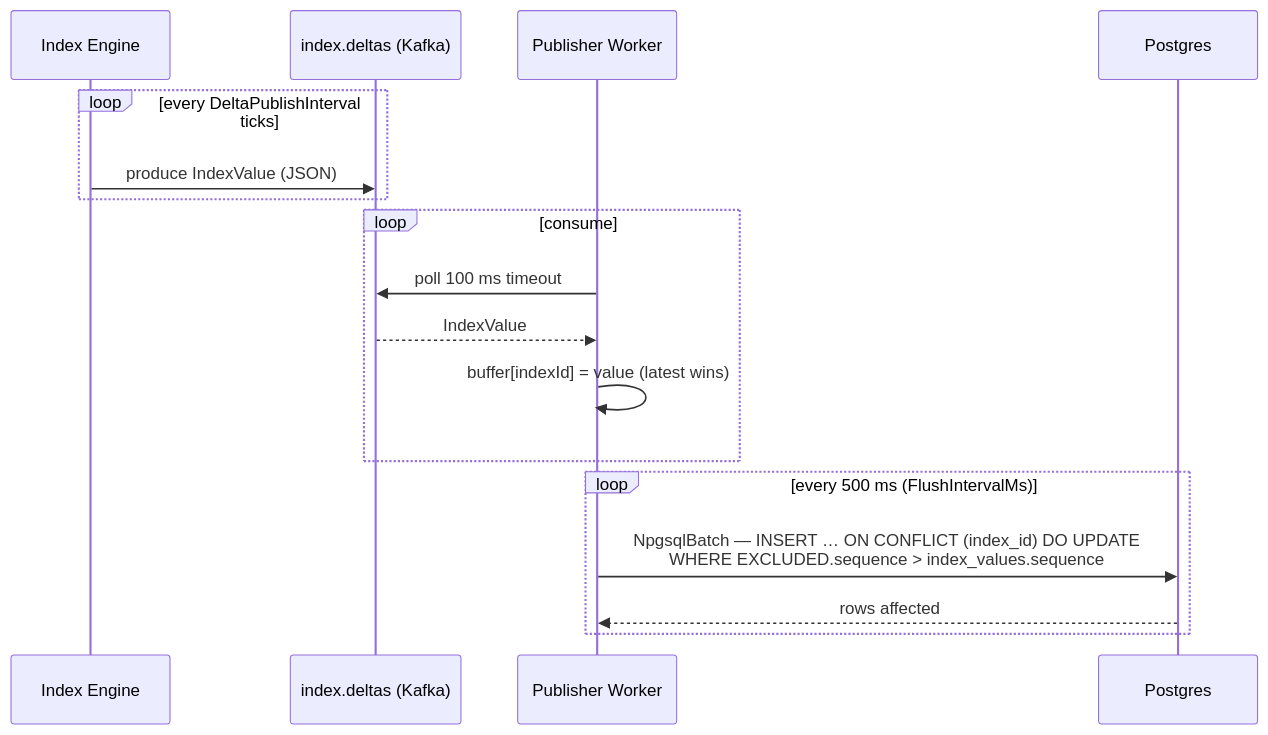
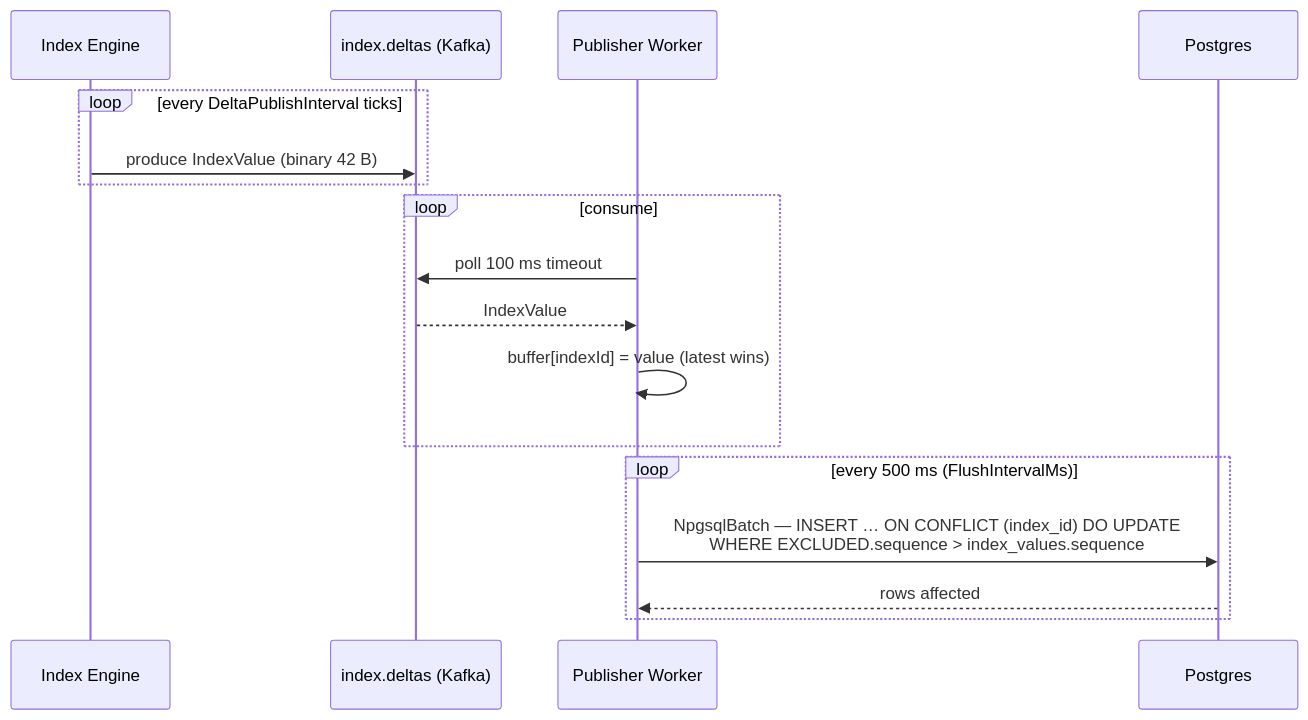
One commit to jonathan-david-hussey/Opticverge.Index changed the third of 4 diagrams in README.md. Above: the diagram before and after it, drawn with Mermaid. The commit also changed other lines of this file, not shown here.

````diff
--- a/README.md
+++ b/README.md
@@ -141,20 +143,20 @@
 ```mermaid
 sequenceDiagram
     participant E as Index Engine
     participant D as index.deltas (Kafka)
     participant P as Publisher Worker
     participant DB as Postgres
 
     loop every DeltaPublishInterval ticks
-        E->>D: produce IndexValue (JSON)
+        E->>D: produce IndexValue (binary 42 B)
     end
     loop consume
         P->>D: poll 100 ms timeout
         D-->>P: IndexValue
         P->>P: buffer[indexId] = value  (latest wins)
     end
     loop every 500 ms (FlushIntervalMs)
         P->>DB: NpgsqlBatch — INSERT … ON CONFLICT (index_id) DO UPDATE<br/>WHERE EXCLUDED.sequence > index_values.sequence
         DB-->>P: rows affected
     end
 ```
````
